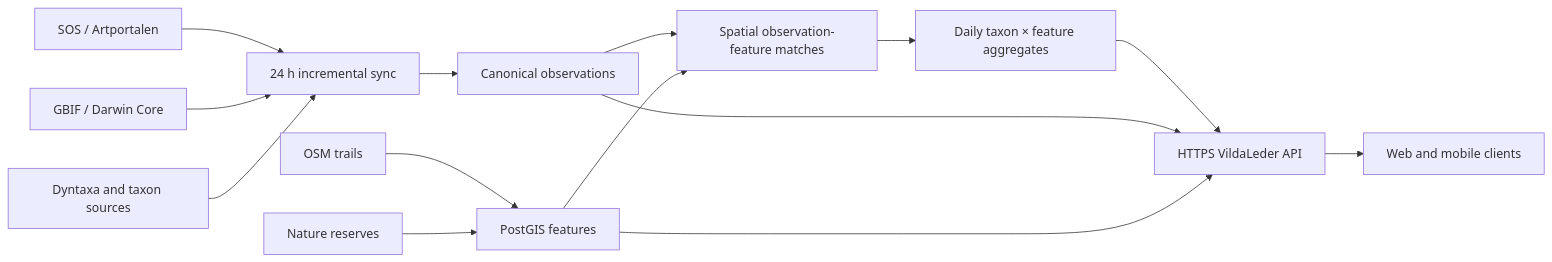
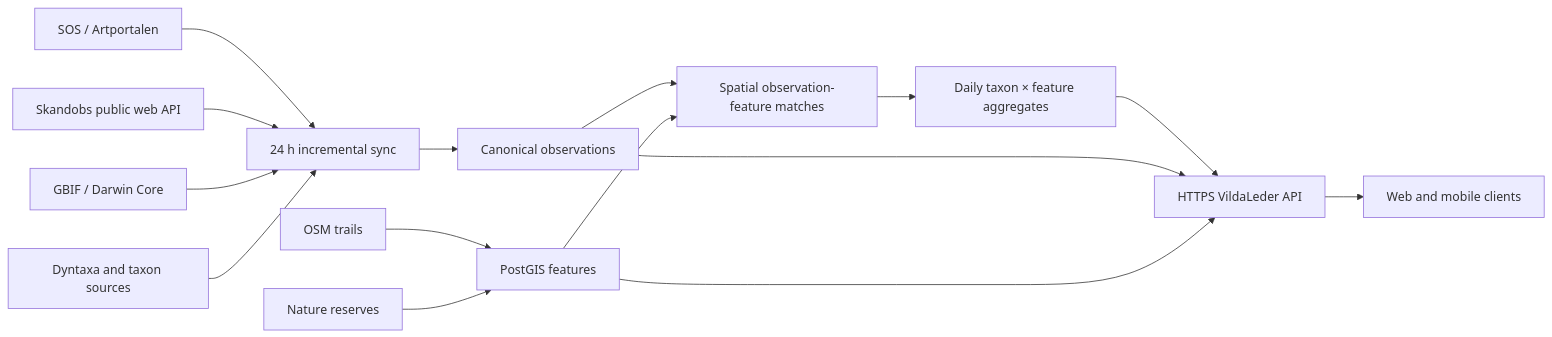
Before and after one commit to JakubPelka/VildaLeder: the diagram in docs/architecture/postgis-data-platform.md, drawn with Mermaid. The commit also changed other lines of this file and 17 other files, not shown here.

````diff
--- a/docs/architecture/postgis-data-platform.md
+++ b/docs/architecture/postgis-data-platform.md
@@ -18,16 +18,17 @@
 ```mermaid
 flowchart LR
     SOS[SOS / Artportalen] --> Sync[24 h incremental sync]
+    Skandobs[Skandobs public web API] --> Sync
     GBIF[GBIF / Darwin Core] --> Sync
     Taxonomy[Dyntaxa and taxon sources] --> Sync
     OSM[OSM trails] --> Spatial[PostGIS features]
     Reserves[Nature reserves] --> Spatial
     Sync --> Obs[Canonical observations]
     Obs --> Match[Spatial observation-feature matches]
     Spatial --> Match
     Match --> Daily[Daily taxon × feature aggregates]
     Daily --> API[HTTPS VildaLeder API]
     Obs --> API
     Spatial --> API
     API --> Web[Web and mobile clients]
 ```
````
